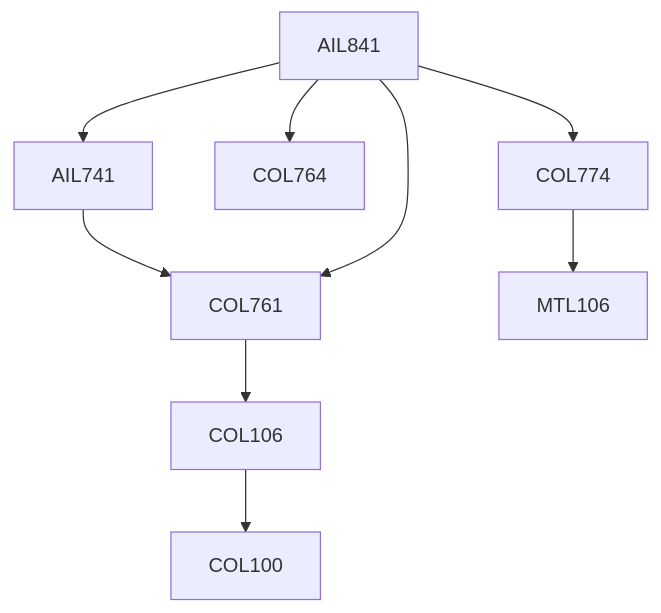
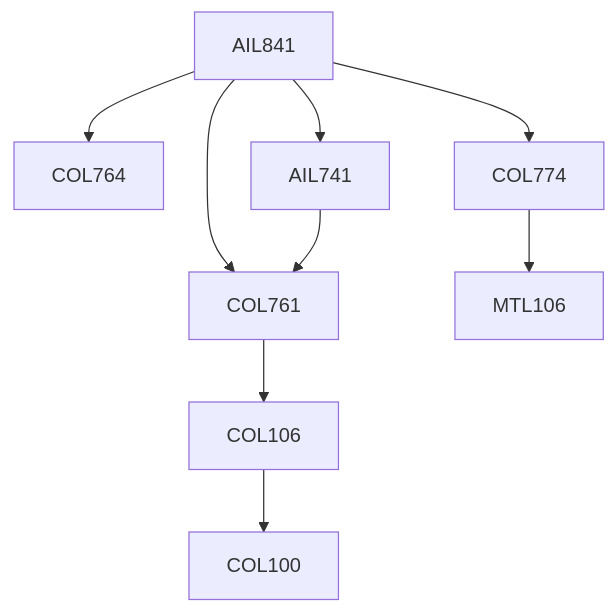
One commit to KeshavBansal0122/CoS_Website changed the diagram in content/School of Artificial Intelligence/AIL841.md. Above: the diagram before and after it, drawn with Mermaid. The commit also changed other lines of this file and 392 other files, not shown here.

````diff
--- a/content/School of Artificial Intelligence/AIL841.md
+++ b/content/School of Artificial Intelligence/AIL841.md
@@ -13,15 +13,15 @@
 ```mermaid
 flowchart TD
 AIL841-13[AIL841]
+AIL841-13 --> COL764-13[COL764]
 COL761-13 --> COL106-13[COL106]
+AIL841-13 --> AIL741-13[AIL741]
+AIL841-13 --> COL761-13[COL761]
 COL106-13 --> COL100-13[COL100]
+AIL741-13 --> COL761-13[COL761]
+COL774-13 --> MTL106-13[MTL106]
 AIL841-13 --> COL774-13[COL774]
-AIL841-13 --> COL764-13[COL764]
-COL774-13 --> MTL106-13[MTL106]
-AIL841-13 --> AIL741-13[AIL741]
-AIL741-13 --> COL761-13[COL761]
-AIL841-13 --> COL761-13[COL761]
 
 classDef empty height:17px, fill:transparent, stroke:transparent;
 classDef trueEmpty height:0px, width:0px;
 ```
````
